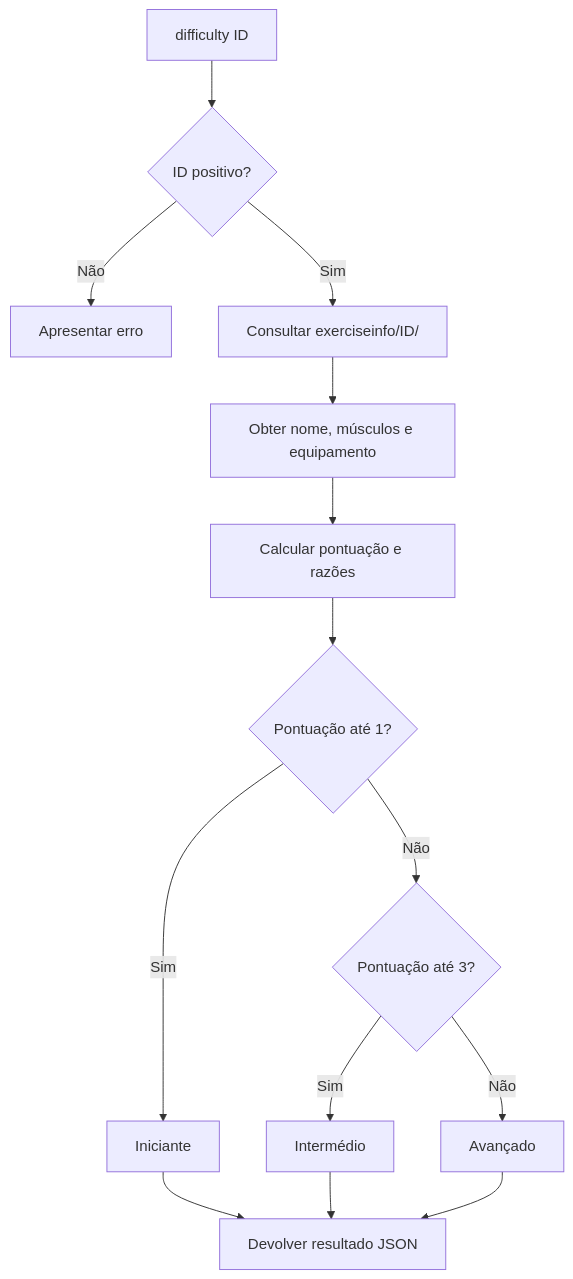
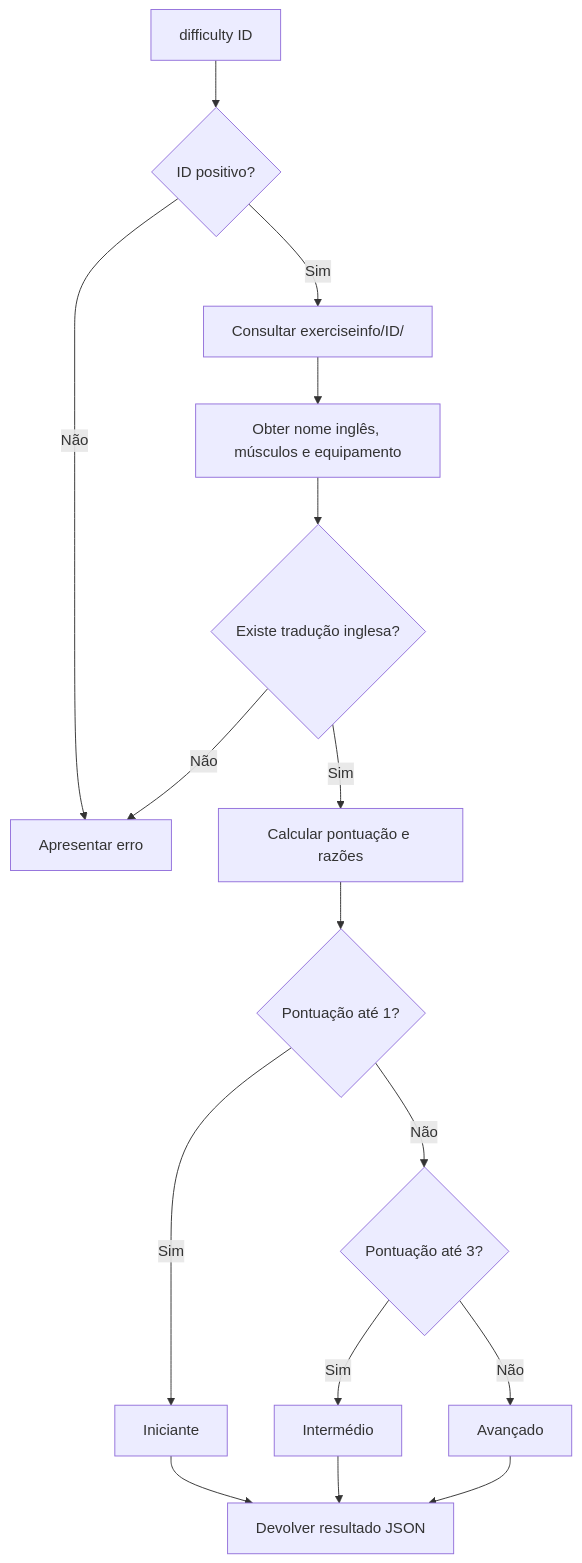
The diagram in docs/fitcli/extras/x3_difficulty.md (nathansperinde/ALPCD_12), drawn with Mermaid before and after one commit. The commit also changed other lines of this file and 4 other files, not shown here.

````diff
--- a/docs/fitcli/extras/x3_difficulty.md
+++ b/docs/fitcli/extras/x3_difficulty.md
@@ -31,16 +31,18 @@
 ```mermaid
 flowchart TD
     A["difficulty ID"] --> B{"ID positivo?"}
     B -->|Não| C["Apresentar erro"]
     B -->|Sim| D["Consultar exerciseinfo/ID/"]
-    D --> E["Obter nome, músculos e equipamento"]
-    E --> F["Calcular pontuação e razões"]
-    F --> G{"Pontuação até 1?"}
-    G -->|Sim| H["Iniciante"]
-    G -->|Não| I{"Pontuação até 3?"}
-    I -->|Sim| J["Intermédio"]
-    I -->|Não| K["Avançado"]
-    H --> L["Devolver resultado JSON"]
-    J --> L
-    K --> L
+    D --> E["Obter nome inglês, músculos e equipamento"]
+    E --> F{"Existe tradução inglesa?"}
+    F -->|Não| C
+    F -->|Sim| G["Calcular pontuação e razões"]
+    G --> H{"Pontuação até 1?"}
+    H -->|Sim| I["Iniciante"]
+    H -->|Não| J{"Pontuação até 3?"}
+    J -->|Sim| K["Intermédio"]
+    J -->|Não| L["Avançado"]
+    I --> M["Devolver resultado JSON"]
+    K --> M
+    L --> M
 ```
````
